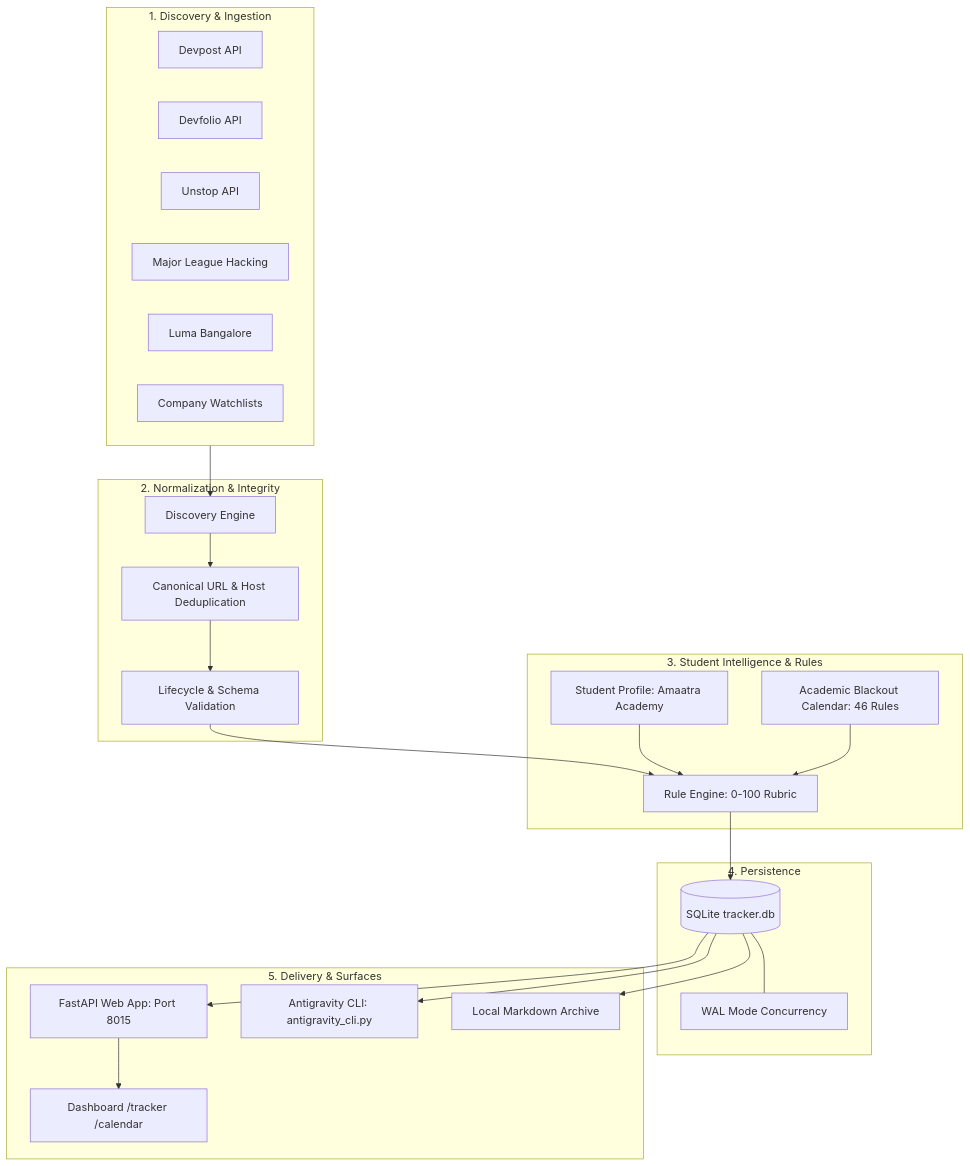
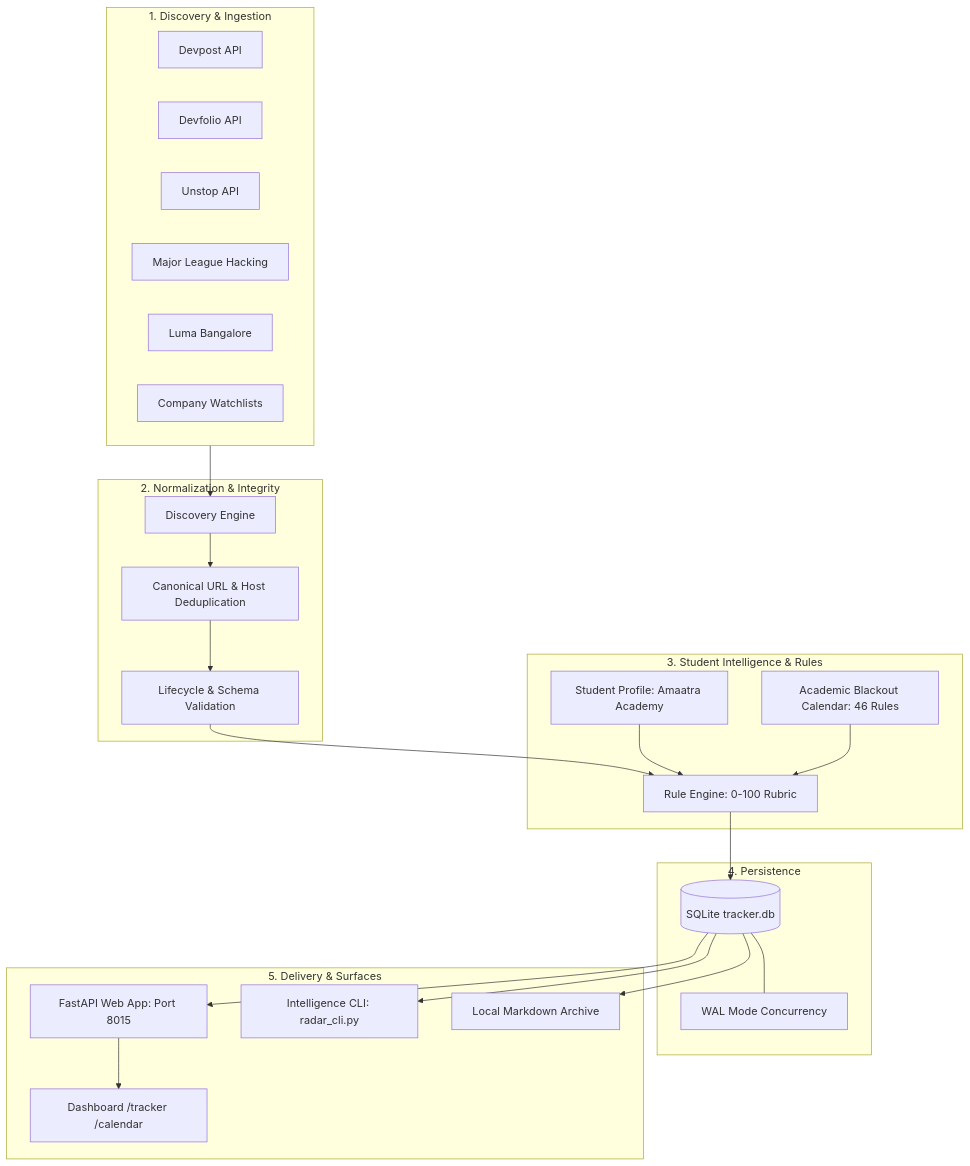
One commit to Aashrith-Ganesh/buildathon-radar changed the diagram in README.md. Above: the diagram before and after it, drawn with Mermaid. The commit also changed other lines of this file and 28 other files, not shown here.

````diff
--- a/README.md
+++ b/README.md
@@ -90,48 +90,48 @@
 ```mermaid
 flowchart TD
     subgraph Sourcing ["1. Discovery & Ingestion"]
         DP[Devpost API]
         DF[Devfolio API]
         UN[Unstop API]
         MLH[Major League Hacking]
         LM[Luma Bangalore]
         WL[Company Watchlists]
     end
 
     subgraph Pipeline ["2. Normalization & Integrity"]
         ENG[Discovery Engine]
         DEDUP[Canonical URL & Host Deduplication]
         INTEG[Lifecycle & Schema Validation]
     end
 
     subgraph Scoring ["3. Student Intelligence & Rules"]
         RULE[Rule Engine: 0-100 Rubric]
         PROF[Student Profile: Amaatra Academy]
         CAL[Academic Blackout Calendar: 46 Rules]
     end
 
     subgraph Storage ["4. Persistence"]
         DB[(SQLite tracker.db)]
         WAL[WAL Mode Concurrency]
     end
 
     subgraph Interfaces ["5. Delivery & Surfaces"]
         WEB[FastAPI Web App: Port 8015]
         DASH[Dashboard /tracker /calendar]
-        CLI[Antigravity CLI: antigravity_cli.py]
+        CLI[Intelligence CLI: radar_cli.py]
         REP[Local Markdown Archive]
     end
 
     Sourcing --> ENG
     ENG --> DEDUP
     DEDUP --> INTEG
     INTEG --> RULE
     PROF --> RULE
     CAL --> RULE
     RULE --> DB
     DB --- WAL
     DB --> WEB
     DB --> CLI
     DB --> REP
     WEB --> DASH
 ```
````
